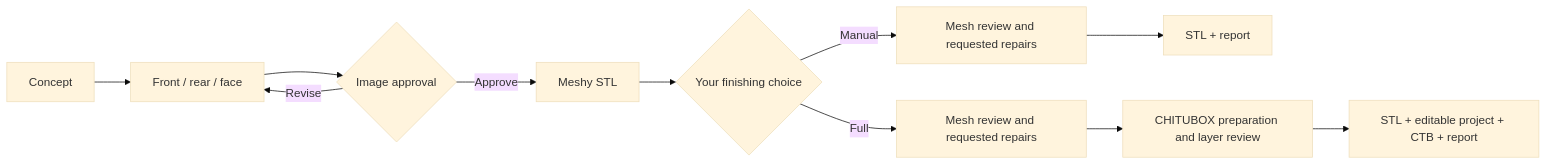
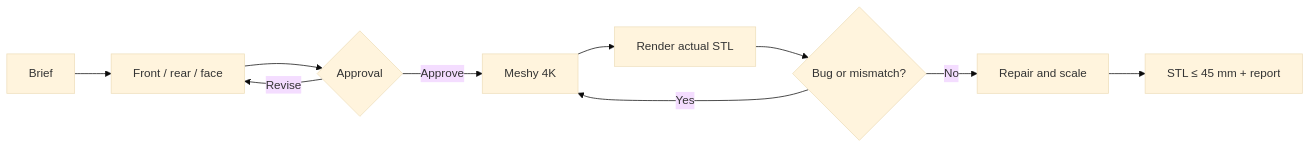
Before and after one commit to eep0x10/critforge: the diagram in README.en.md, drawn with Mermaid (base theme). The commit also changed other lines of this file and 17 other files, not shown here.

````diff
--- a/README.en.md
+++ b/README.en.md
@@ -33,13 +23,12 @@
 ```mermaid
 flowchart LR
-    A[Concept] --> B[Front / rear / face]
-    B --> C{Image approval}
+    A[Brief] --> B[Front / rear / face]
+    B --> C{Approval}
     C -->|Revise| B
-    C -->|Approve| D[Meshy STL]
-    D --> E{Your finishing choice}
-    E -->|Manual| F[Mesh review and requested repairs]
-    E -->|Full| G[Mesh review and requested repairs]
-    F --> H[STL + report]
-    G --> I[CHITUBOX preparation and layer review]
-    I --> J[STL + editable project + CTB + report]
+    C -->|Approve| D[Meshy 4K]
+    D --> E[Render actual STL]
+    E --> F{Bug or mismatch?}
+    F -->|Yes| D
+    F -->|No| G[Repair and scale]
+    G --> H[STL ≤ 45 mm + report]
 ```
````
